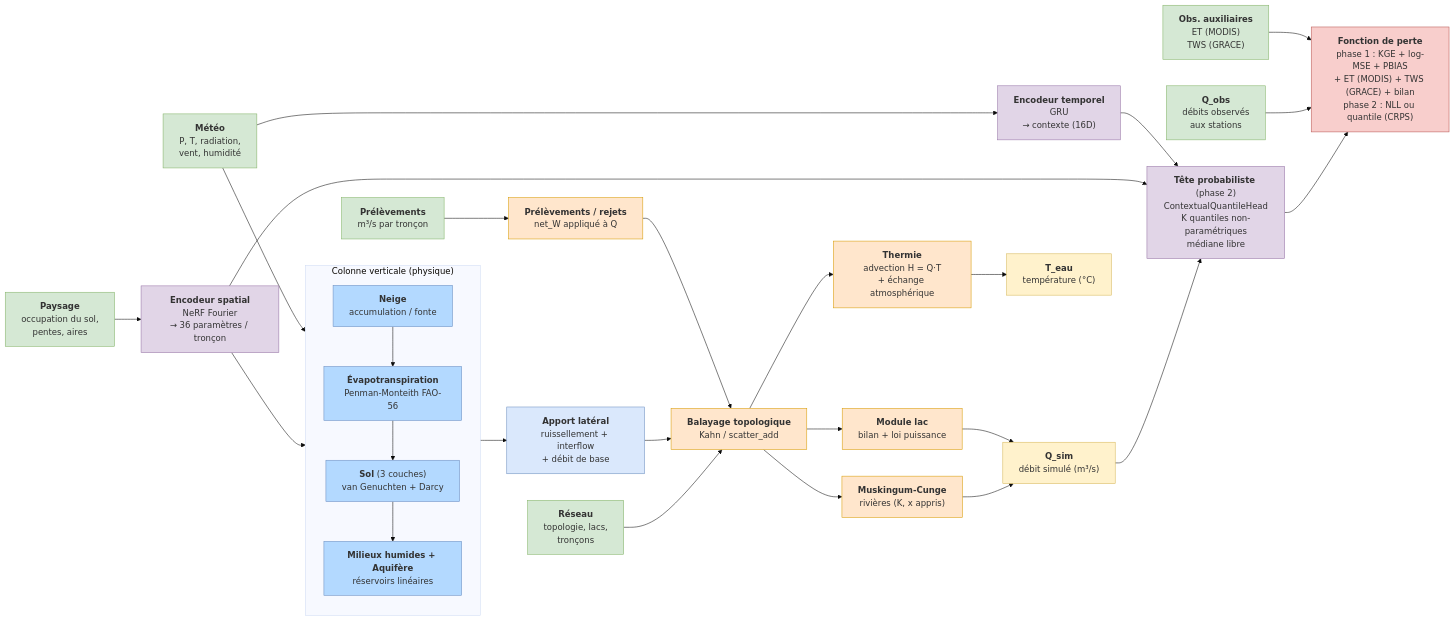
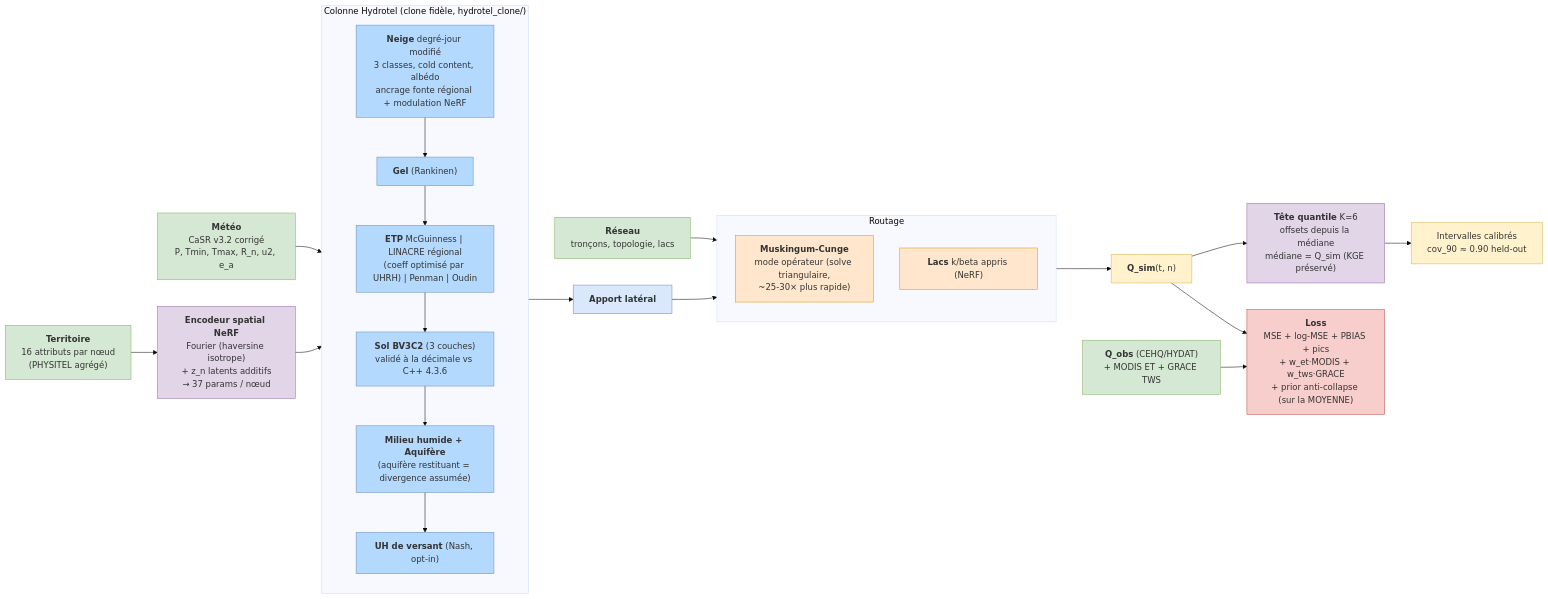
The diagram in docs/architecture.md (essicolo/meandre), drawn with Mermaid (base theme) before and after one commit. The commit also changed other lines of this file and 2 other files, not shown here.

First line of the commit message:
docs à jour : README, architecture.md, CLAUDE.md reflètent l'état réel (colonne Hydrotel fidèle, z_n, quantile, ancrages régionaux, ensemble 6 membres, GRU/corrector legacy)

````diff
--- a/docs/architecture.md
+++ b/docs/architecture.md
@@ -13,54 +10,47 @@
 ```mermaid
 flowchart LR
-    Met["<b>Météo</b><br/>P, T, radiation,<br/>vent, humidité"]:::input
-    Pay["<b>Paysage</b><br/>occupation du sol,<br/>pentes, aires"]:::input
-    Net["<b>Réseau</b><br/>topologie, lacs,<br/>tronçons"]:::input
-    Pre["<b>Prélèvements</b><br/>m³/s par tronçon"]:::input
-    Qobs["<b>Q_obs</b><br/>débits observés<br/>aux stations"]:::input
-    Aux["<b>Obs. auxiliaires</b><br/>ET (MODIS)<br/>TWS (GRACE)"]:::input
+    Met["<b>Météo</b><br/>CaSR v3.2 corrigé<br/>P, Tmin, Tmax, R_n, u2, e_a"]:::input
+    Pay["<b>Territoire</b><br/>16 attributs par nœud<br/>(PHYSITEL agrégé)"]:::input
+    Net["<b>Réseau</b><br/>tronçons, topologie, lacs"]:::input
+    Qobs["<b>Q_obs</b> (CEHQ/HYDAT)<br/>+ MODIS ET + GRACE TWS"]:::input
 
-    Pay --> SE["<b>Encodeur spatial</b><br/>NeRF Fourier<br/>→ 36 paramètres / tronçon"]:::neural
-    Met --> TE["<b>Encodeur temporel</b><br/>GRU<br/>→ contexte (16D)"]:::neural
+    Pay --> SE["<b>Encodeur spatial NeRF</b><br/>Fourier (haversine isotrope)<br/>+ z_n latents additifs<br/>→ 37 params / nœud"]:::neural
+    Met --> VC
 
-    subgraph VC["Colonne verticale (physique)"]
+    subgraph VC["Colonne Hydrotel (clone fidèle, hydrotel_clone/)"]
         direction TB
-        Snow["<b>Neige</b><br/>accumulation / fonte"]:::physics
-        ETm["<b>Évapotranspiration</b><br/>Penman-Monteith FAO-56"]:::physics
-        Sol["<b>Sol</b> (3 couches)<br/>van Genuchten + Darcy"]:::physics
-        Aqu["<b>Milieux humides + Aquifère</b><br/>réservoirs linéaires"]:::physics
-        Snow --> ETm --> Sol --> Aqu
+        Snow["<b>Neige</b> degré-jour modifié<br/>3 classes, cold content, albédo<br/>ancrage fonte régional + modulation NeRF"]:::physics
+        Frost["<b>Gel</b> (Rankinen)"]:::physics
+        ETm["<b>ETP</b> McGuinness | LINACRE régional<br/>(coeff optimisé par UHRH) | Penman | Oudin"]:::physics
+        Sol["<b>Sol BV3C2</b> (3 couches)<br/>validé à la décimale vs C++ 4.3.6"]:::physics
+        Aqu["<b>Milieu humide + Aquifère</b><br/>(aquifère restituant = divergence assumée)"]:::physics
+        UH["<b>UH de versant</b> (Nash, opt-in)"]:::physics
+        Snow --> Frost --> ETm --> Sol --> Aqu --> UH
     end
 
     SE --> VC
-    Met --> VC
-    VC --> Lat["<b>Apport latéral</b><br/>ruissellement + interflow<br/>+ débit de base"]:::flow
+    VC --> Lat["<b>Apport latéral</b>"]:::flow
+    Net --> Route
+    Lat --> Route
 
-    Net --> Topo["<b>Balayage topologique</b><br/>Kahn / scatter_add"]:::routing
-    Pre --> Wd["<b>Prélèvements / rejets</b><br/>net_W appliqué à Q"]:::routing
-    Lat --> Topo
-    Wd --> Topo
+    subgraph Route["Routage"]
+        direction TB
+        Musk["<b>Muskingum-Cunge</b><br/>mode opérateur (solve triangulaire,<br/>~25-30× plus rapide)"]:::routing
+        Lake["<b>Lacs</b> k/beta appris (NeRF)"]:::routing
+    end
 
-    Topo --> Musk["<b>Muskingum-Cunge</b><br/>rivières (K, x appris)"]:::routing
-    Topo --> Lake["<b>Module lac</b><br/>bilan + loi puissance"]:::routing
-    Topo --> Therm["<b>Thermie</b><br/>advection H = Q·T<br/>+ échange atmosphérique"]:::routing
+    Route --> Qsim["<b>Q_sim</b>(t, n)"]:::output
+    Qsim --> QH["<b>Tête quantile</b> K=6<br/>offsets depuis la médiane<br/>médiane = Q_sim (KGE préservé)"]:::neural
+    QH --> Qint["Intervalles calibrés<br/>cov_90 ≈ 0.90 held-out"]:::output
 
-    Musk --> Qsim["<b>Q_sim</b><br/>débit simulé (m³/s)"]:::output
-    Lake --> Qsim
-    Therm --> Teau["<b>T_eau</b><br/>température (°C)"]:::output
-
-    Qsim --> PH["<b>Tête probabiliste</b> (phase 2)<br/>ContextualQuantileHead<br/>K quantiles non-paramétriques<br/>médiane libre"]:::neural
-    SE --> PH
-    TE --> PH
-
-    PH --> Loss["<b>Fonction de perte</b><br/>phase 1 : KGE + log-MSE + PBIAS<br/>+ ET (MODIS) + TWS (GRACE) + bilan<br/>phase 2 : NLL ou quantile (CRPS)"]:::loss
+    Qsim --> Loss["<b>Loss</b><br/>MSE + log-MSE + PBIAS + pics<br/>+ w_et·MODIS + w_tws·GRACE<br/>+ prior anti-collapse (sur la MOYENNE)"]:::loss
     Qobs --> Loss
-    Aux --> Loss
 
     classDef input fill:#d5e8d4,stroke:#82b366
     classDef neural fill:#e1d5e7,stroke:#9673a6
     classDef physics fill:#b3d9ff,stroke:#6c8ebf
     classDef flow fill:#dae8fc,stroke:#6c8ebf
     classDef routing fill:#ffe6cc,stroke:#d79b00
     classDef output fill:#fff2cc,stroke:#d6b656
     classDef loss fill:#f8cecc,stroke:#b85450
 ```
````
